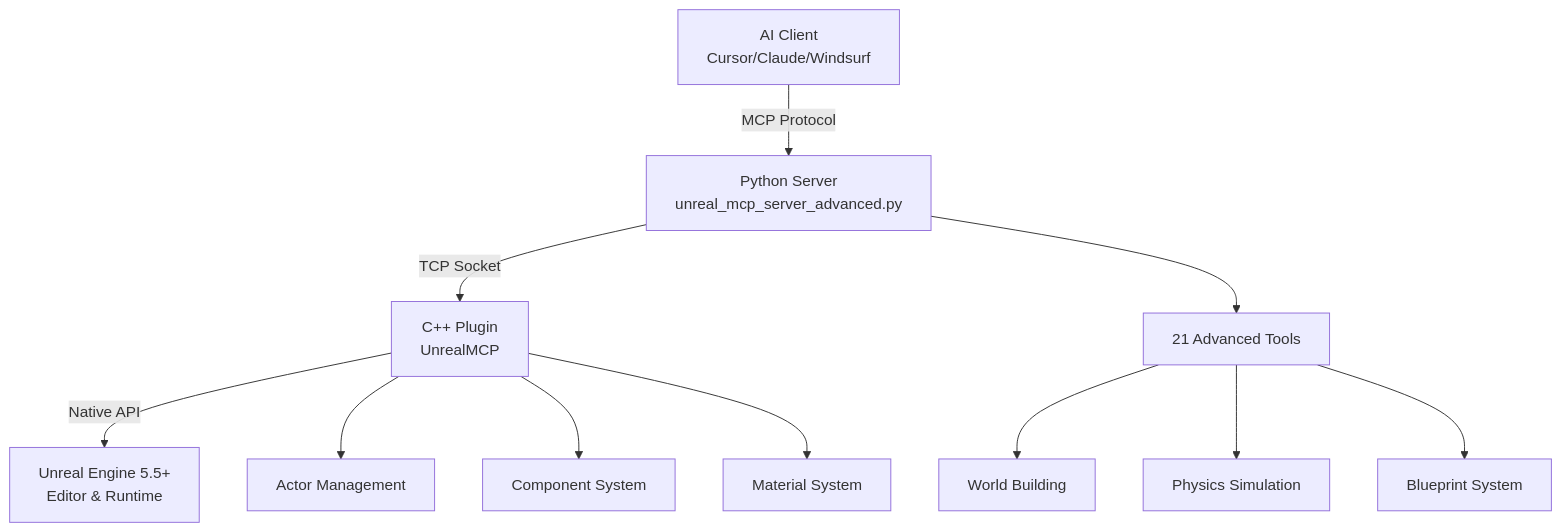
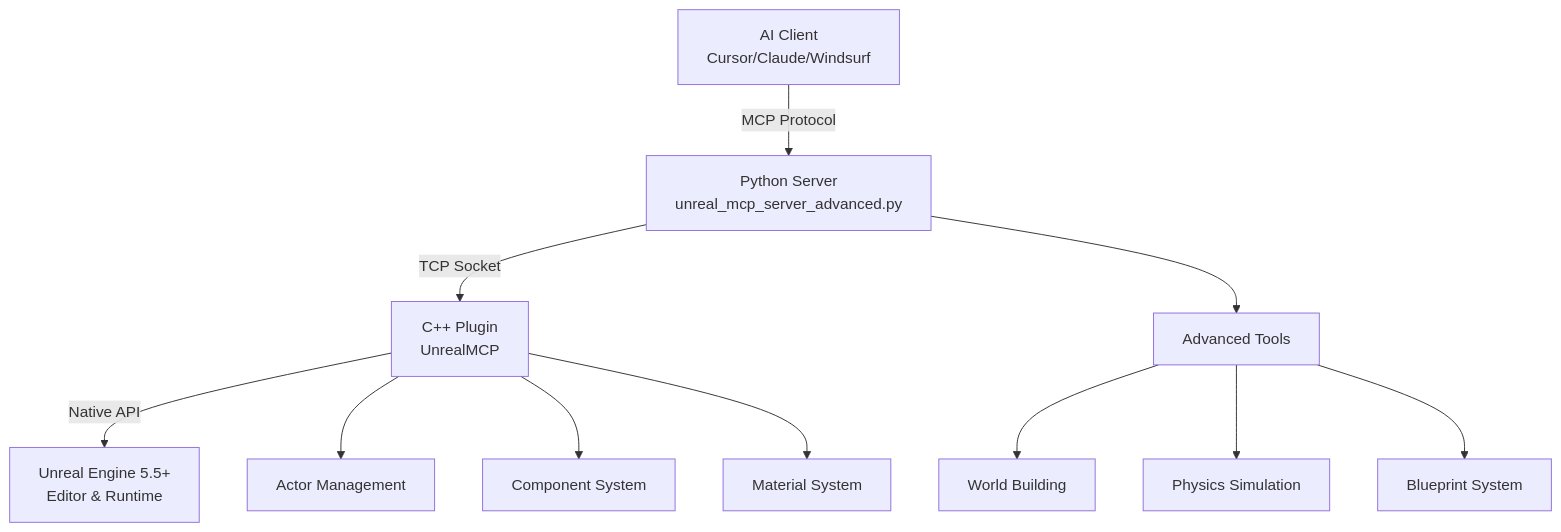
The diagram in README.md (vicentegaspar/unreal-engine-mcp), drawn with Mermaid before and after one commit. The commit also changed other lines of this file, not shown here.

````diff
--- a/README.md
+++ b/README.md
@@ -164,15 +164,15 @@
 ```mermaid
 graph TB
     A[AI Client<br/>Cursor/Claude/Windsurf] -->|MCP Protocol| B[Python Server<br/>unreal_mcp_server_advanced.py]
     B -->|TCP Socket| C[C++ Plugin<br/>UnrealMCP]
     C -->|Native API| D[Unreal Engine 5.5+<br/>Editor & Runtime]
     
-    B --> E[21 Advanced Tools]
+    B --> E[Advanced Tools]
     E --> F[World Building]
     E --> G[Physics Simulation]  
     E --> H[Blueprint System]
     
     C --> I[Actor Management]
     C --> J[Component System]
     C --> K[Material System]
 ```
````
